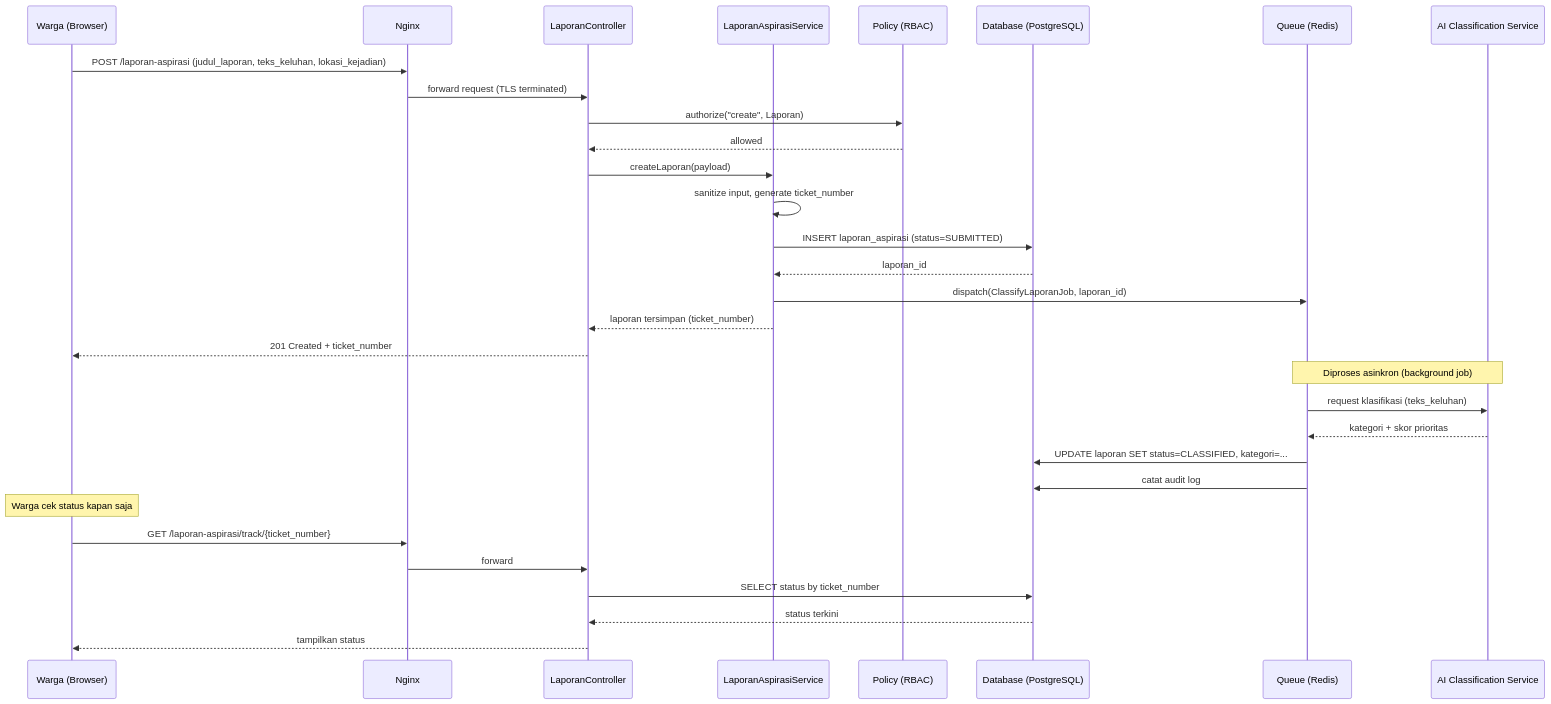
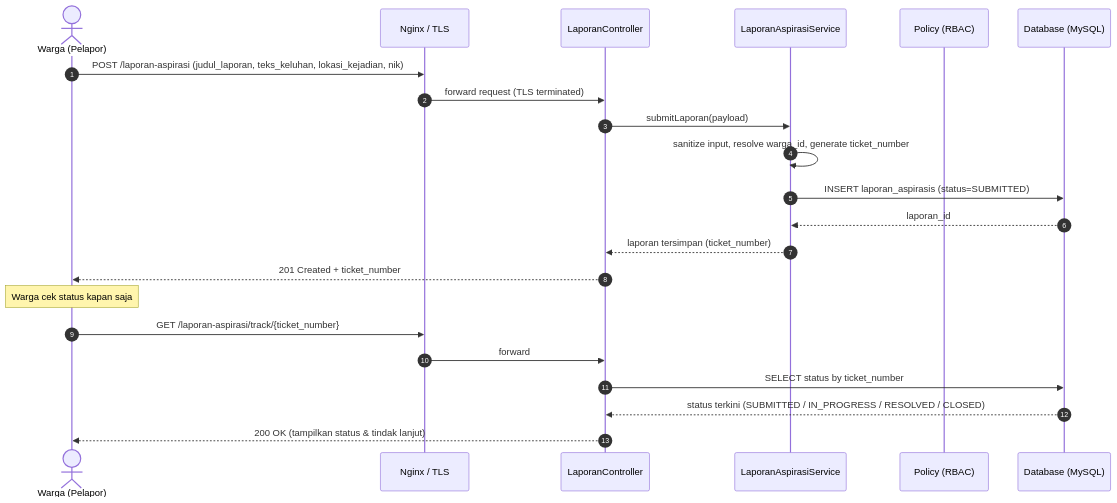
The second of 4 diagrams in docs/SYSTEM_ARCHITECTURE.md (ChikalPrayoga/web_app_RW_Revisi), drawn with Mermaid before and after one commit. The commit also changed other lines of this file and 194 other files, not shown here.

````diff
--- a/docs/SYSTEM_ARCHITECTURE.md
+++ b/docs/SYSTEM_ARCHITECTURE.md
@@ -126,36 +126,26 @@
 ```mermaid
 sequenceDiagram
-    participant W as Warga (Browser)
-    participant N as Nginx
+    autonumber
+    actor W as Warga (Pelapor)
+    participant N as Nginx / TLS
     participant Ctrl as LaporanController
     participant Svc as LaporanAspirasiService
     participant Pol as Policy (RBAC)
-    participant DB as Database (PostgreSQL)
-    participant Q as Queue (Redis)
-    participant AI as AI Classification Service
+    participant DB as Database (MySQL)
 
-    W->>N: POST /laporan-aspirasi (judul_laporan, teks_keluhan, lokasi_kejadian)
+    W->>N: POST /laporan-aspirasi (judul_laporan, teks_keluhan, lokasi_kejadian, nik)
     N->>Ctrl: forward request (TLS terminated)
-    Ctrl->>Pol: authorize("create", Laporan)
-    Pol-->>Ctrl: allowed
-    Ctrl->>Svc: createLaporan(payload)
-    Svc->>Svc: sanitize input, generate ticket_number
-    Svc->>DB: INSERT laporan_aspirasi (status=SUBMITTED)
+    Ctrl->>Svc: submitLaporan(payload)
+    Svc->>Svc: sanitize input, resolve warga_id, generate ticket_number
+    Svc->>DB: INSERT laporan_aspirasis (status=SUBMITTED)
     DB-->>Svc: laporan_id
-    Svc->>Q: dispatch(ClassifyLaporanJob, laporan_id)
     Svc-->>Ctrl: laporan tersimpan (ticket_number)
     Ctrl-->>W: 201 Created + ticket_number
-
-    Note over Q,AI: Diproses asinkron (background job)
-    Q->>AI: request klasifikasi (teks_keluhan)
-    AI-->>Q: kategori + skor prioritas
-    Q->>DB: UPDATE laporan SET status=CLASSIFIED, kategori=...
-    Q->>DB: catat audit log
 
     Note over W: Warga cek status kapan saja
     W->>N: GET /laporan-aspirasi/track/{ticket_number}
     N->>Ctrl: forward
     Ctrl->>DB: SELECT status by ticket_number
-    DB-->>Ctrl: status terkini
-    Ctrl-->>W: tampilkan status
+    DB-->>Ctrl: status terkini (SUBMITTED / IN_PROGRESS / RESOLVED / CLOSED)
+    Ctrl-->>W: 200 OK (tampilkan status & tindak lanjut)
 ```
````
